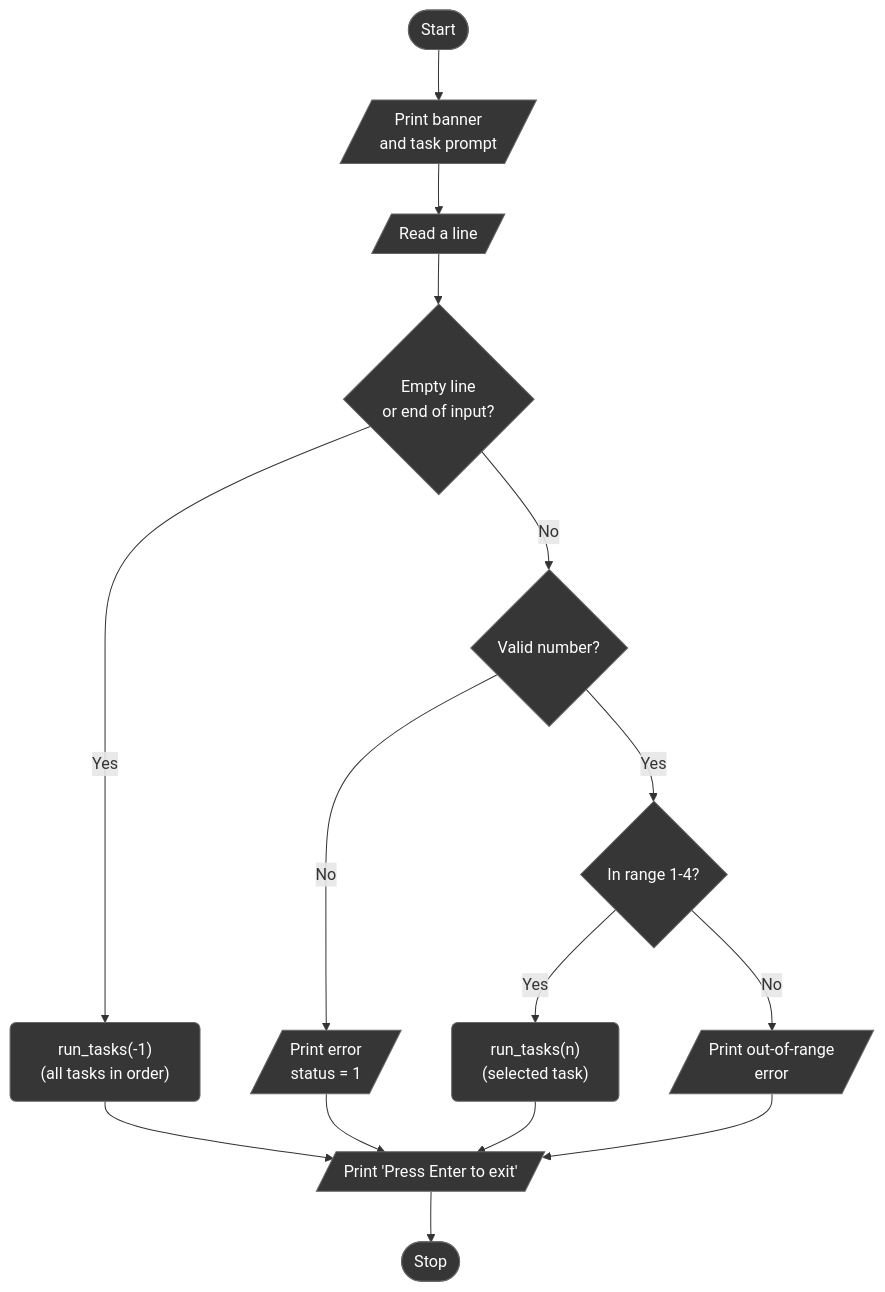
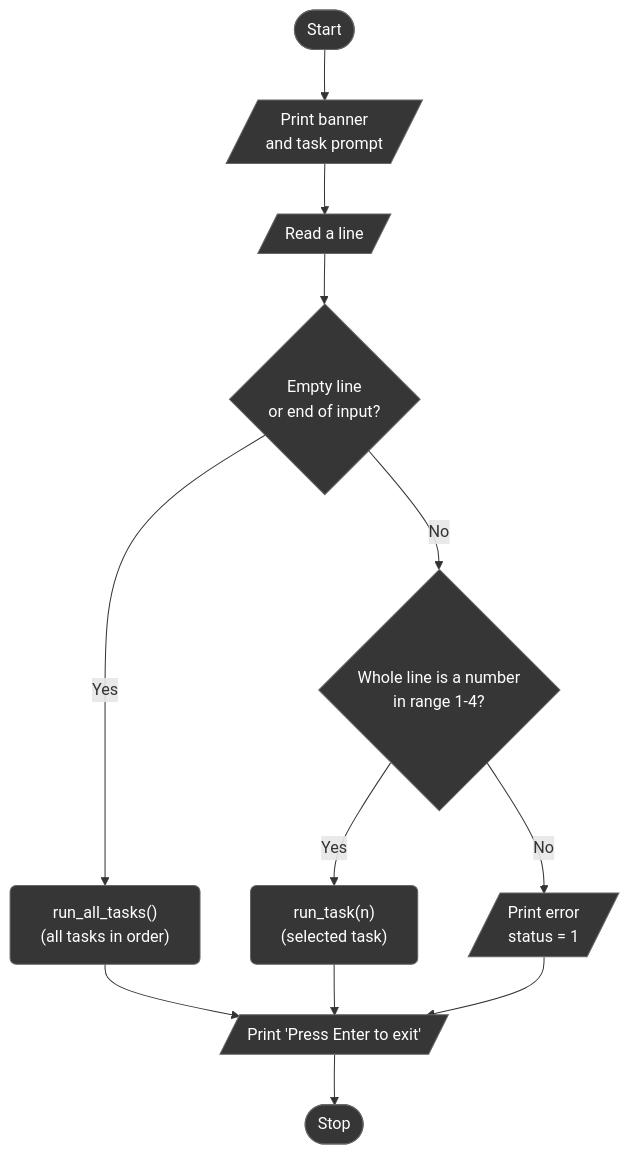
Before and after one commit to nykonhrytsyshyn/khnu-prog-labs: the first of 5 diagrams in lab_01/README.md, drawn with Mermaid. The commit also changed other lines of this file and 4 other files, not shown here.

````diff
--- a/lab_01/README.md
+++ b/lab_01/README.md
@@ -40,20 +40,17 @@
 ```mermaid
 flowchart TD
   A(["Start"]) --> B[/"Print banner<br/>and task prompt"/]
   B --> C[/"Read a line"/]
   C --> D{"Empty line<br/>or end of input?"}
-  D -->|Yes| E["run_tasks(-1)<br/>(all tasks in order)"]
-  D -->|No| F{"Valid number?"}
-  F -->|No| G[/"Print error<br/>status = 1"/]
-  F -->|Yes| H{"In range 1-4?"}
-  H -->|Yes| I["run_tasks(n)<br/>(selected task)"]
-  H -->|No| J[/"Print out-of-range<br/>error"/]
-  E --> K[/"Print 'Press Enter to exit'"/]
-  I --> K
-  G --> K
-  J --> K
-  K --> L(["Stop"])
+  D -->|Yes| E["run_all_tasks()<br/>(all tasks in order)"]
+  D -->|No| F{"Whole line is a number<br/>in range 1-4?"}
+  F -->|Yes| G["run_task(n)<br/>(selected task)"]
+  F -->|No| H[/"Print error<br/>status = 1"/]
+  E --> I[/"Print 'Press Enter to exit'"/]
+  G --> I
+  H --> I
+  I --> J(["Stop"])
 
   classDef stage fill:#363636,stroke:#666,color:#fff,rx:6,ry:6
-  class A,B,C,D,E,F,G,H,I,J,K,L stage
+  class A,B,C,D,E,F,G,H,I,J stage
 ```
````
